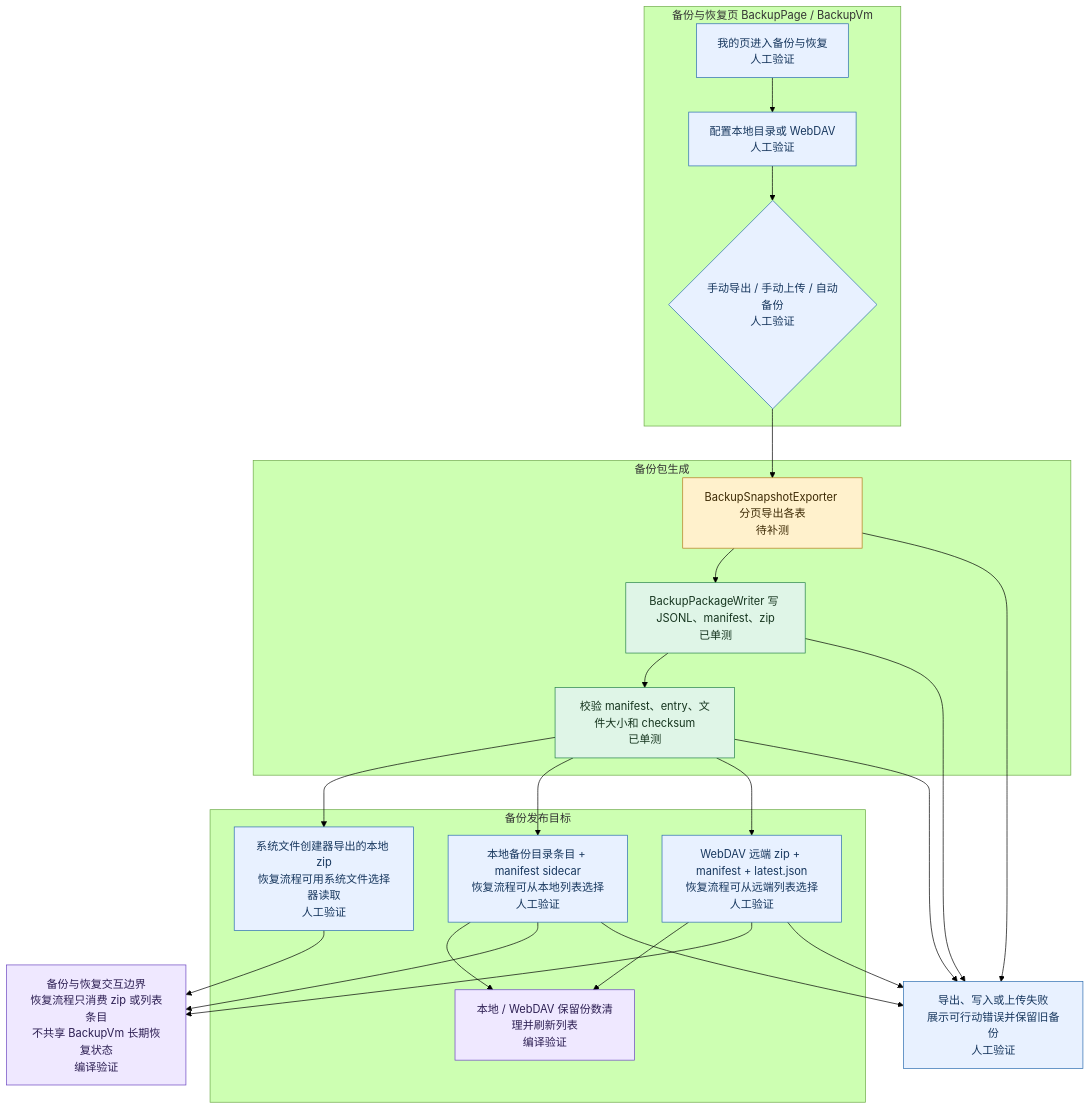
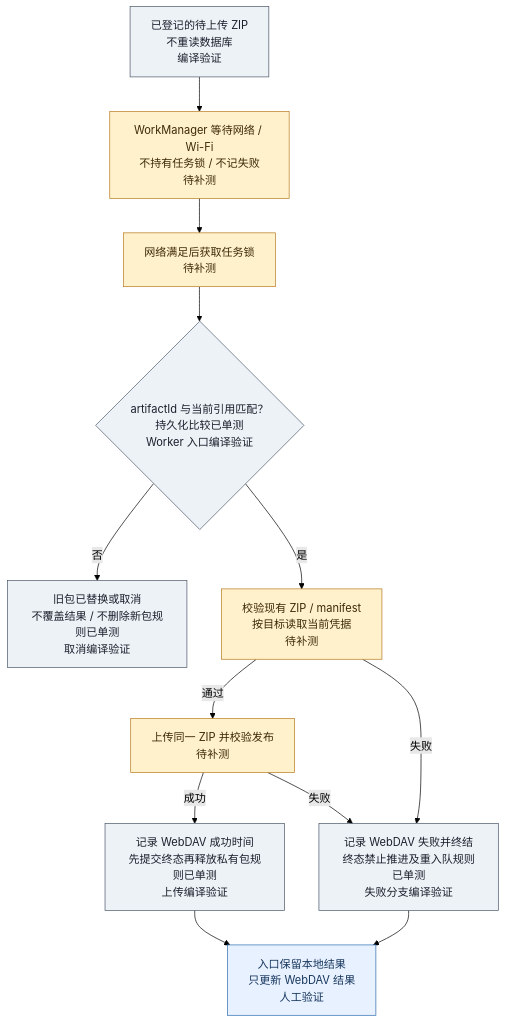
One commit to lwcla/ClipMaster changed the second of 4 diagrams in docs/webdav_backup_plan.md. Above: the diagram before and after it, drawn with Mermaid (forest theme). The commit also changed other lines of this file and 73 other files, not shown here.

````diff
--- a/docs/webdav_backup_plan.md
+++ b/docs/webdav_backup_plan.md
@@ -94,49 +335,28 @@
 ```mermaid
-%% title: 备份流程
+%% title: WebDAV 同包延迟上传
 flowchart TD
-  subgraph BackupPage["备份与恢复页 BackupPage / BackupVm"]
-    Entry["我的页进入备份与恢复<br/>人工验证"]:::manual
-    Config["配置本地目录或 WebDAV<br/>人工验证"]:::manual
-    BackupChoice{"手动导出 / 手动上传 / 自动备份<br/>人工验证"}:::manual
-  end
-
-  subgraph BuildSnapshot["备份包生成"]
-    Snapshot["BackupSnapshotExporter 分页导出各表<br/>待补测"]:::todo
-    Package["BackupPackageWriter 写 JSONL、manifest、zip<br/>已单测"]:::unit
-    Verify["校验 manifest、entry、文件大小和 checksum<br/>已单测"]:::unit
-  end
-
-  subgraph Targets["备份发布目标"]
-    LocalFile["系统文件创建器导出的本地 zip<br/>恢复流程可用系统文件选择器读取<br/>人工验证"]:::manual
-    LocalDir["本地备份目录条目 + manifest sidecar<br/>恢复流程可从本地列表选择<br/>人工验证"]:::manual
-    WebDavRemote["WebDAV 远端 zip + manifest + latest.json<br/>恢复流程可从远端列表选择<br/>人工验证"]:::manual
-    Retention["本地 / WebDAV 保留份数清理并刷新列表<br/>编译验证"]:::compile
-  end
-
-  SharedArtifact["备份与恢复交互边界<br/>恢复流程只消费 zip 或列表条目<br/>不共享 BackupVm 长期恢复状态<br/>编译验证"]:::compile
-  ExportFailure["导出、写入或上传失败<br/>展示可行动错误并保留旧备份<br/>人工验证"]:::manual
-
-  Entry --> Config
-  Config --> BackupChoice
-  BackupChoice --> Snapshot
-  Snapshot --> Package
-  Package --> Verify
-  Verify --> LocalFile
-  Verify --> LocalDir
-  Verify --> WebDavRemote
-  LocalDir --> Retention
-  WebDavRemote --> Retention
-  LocalFile --> SharedArtifact
-  LocalDir --> SharedArtifact
-  WebDavRemote --> SharedArtifact
-  Snapshot --> ExportFailure
-  Package --> ExportFailure
-  Verify --> ExportFailure
-  LocalDir --> ExportFailure
-  WebDavRemote --> ExportFailure
-
-  classDef unit fill:#dff5e7,stroke:#26804b,color:#16351f;
+  Queued["已登记的待上传 ZIP<br/>不重读数据库<br/>编译验证"]:::compiled
+  Network["WorkManager 等待网络 / Wi-Fi<br/>不持有任务锁 / 不记失败<br/>待补测"]:::todo
+  Lock["网络满足后获取任务锁<br/>待补测"]:::todo
+  Current{"artifactId 与当前引用匹配？<br/>持久化比较已单测<br/>Worker 入口编译验证"}:::compiled
+  Obsolete["旧包已替换或取消<br/>不覆盖结果 / 不删除新包规则已单测<br/>取消编译验证"]:::compiled
+  Check["校验现有 ZIP / manifest<br/>按目标读取当前凭据<br/>待补测"]:::todo
+  Publish["上传同一 ZIP 并校验发布<br/>待补测"]:::todo
+  Success["记录 WebDAV 成功时间<br/>先提交终态再释放私有包规则已单测<br/>上传编译验证"]:::compiled
+  Failed["记录 WebDAV 失败并终结<br/>终态禁止推进及重入队规则已单测<br/>失败分支编译验证"]:::compiled
+  Entry["入口保留本地结果<br/>只更新 WebDAV 结果<br/>人工验证"]:::manual
+  Queued --> Network
+  Network --> Lock
+  Lock --> Current
+  Current -->|"否"| Obsolete
+  Current -->|"是"| Check
+  Check -->|"通过"| Publish
+  Check -->|"失败"| Failed
+  Publish -->|"成功"| Success
+  Publish -->|"失败"| Failed
+  Success --> Entry
+  Failed --> Entry
   classDef todo fill:#fff1cc,stroke:#b7791f,color:#3d2a05;
   classDef manual fill:#e8f1ff,stroke:#2b6cb0,color:#17375e;
-  classDef compile fill:#efe8ff,stroke:#6b46c1,color:#2d1f53;
+  classDef compiled fill:#edf2f7,stroke:#4a5568,color:#1a202c;
 ```
````
